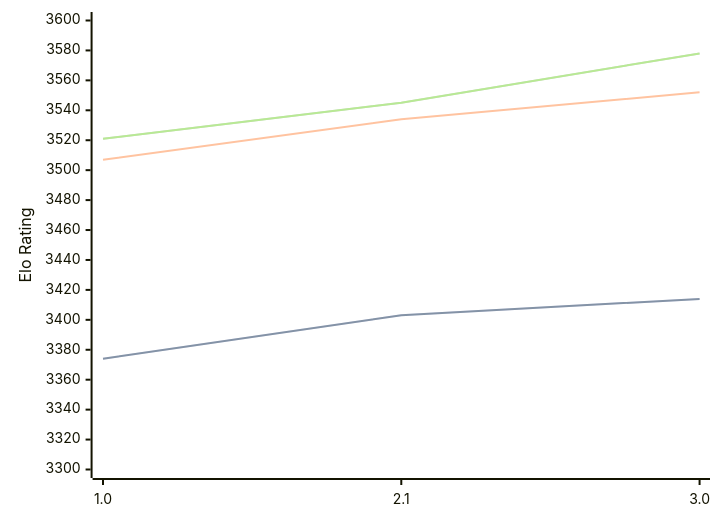
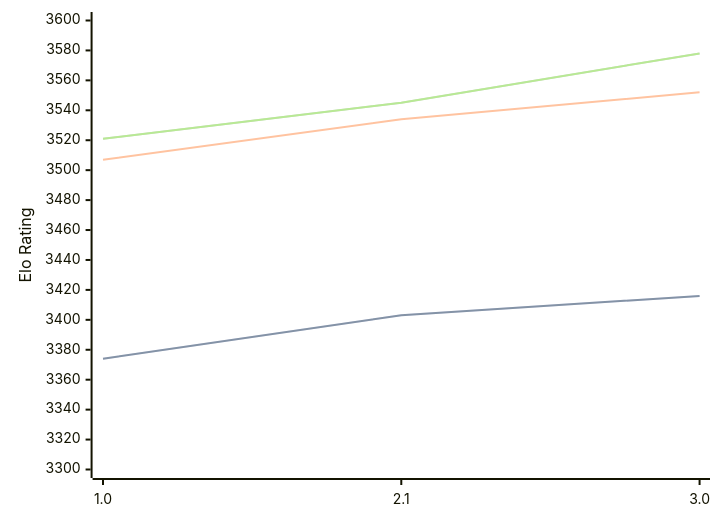
Before and after one commit to computer-chess-index/cci: the diagram in engines/Hobbes.md, drawn with Mermaid. The commit also changed other lines of this file, not shown here.

````diff
--- a/engines/Hobbes.md
+++ b/engines/Hobbes.md
@@ -33,11 +33,11 @@
 ```mermaid
 %%{init: {"theme":"base","themeVariables":{"seriesColors:['#a3a3a3','#222221','#faa371']}}}%%
 xychart-beta
   x-axis ["1.0", "2.1", "3.0"]
   y-axis "Elo Rating" 3300 --> 3600
-  line "" [3374, 3403, 3414]
-  line "STC (8.0+0.08s)" [3374, 3403, 3414]
+  line "" [3374, 3403, 3416]
+  line "STC (8.0+0.08s)" [3374, 3403, 3416]
   line "LTC (60.0+0.60s)" [3507, 3534, 3552]
   line "" [3521, 3545, 3578]
   line "VLTC (2m24s+1.12s)" [3521, 3545, 3578]
 ```
````
